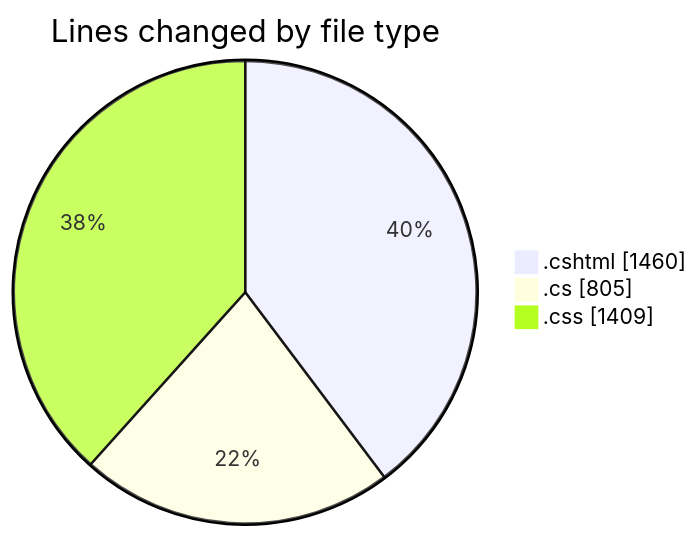
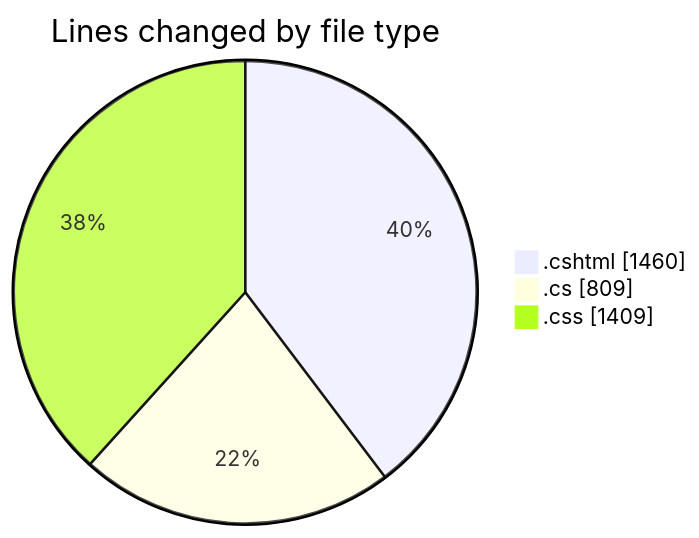
Before and after one commit to lephambinh05/code-tracking: the first of 2 diagrams in 2025-07-18/nhahang/README.md, drawn with Mermaid. The commit also changed other lines of this file and 1 other file, not shown here.

````diff
--- a/2025-07-18/nhahang/README.md
+++ b/2025-07-18/nhahang/README.md
@@ -45,7 +45,7 @@
 ```mermaid
 pie showData
 title Lines changed by file type
 ".cshtml" : 1460
-".cs" : 805
+".cs" : 809
 ".css" : 1409
 ```
````
